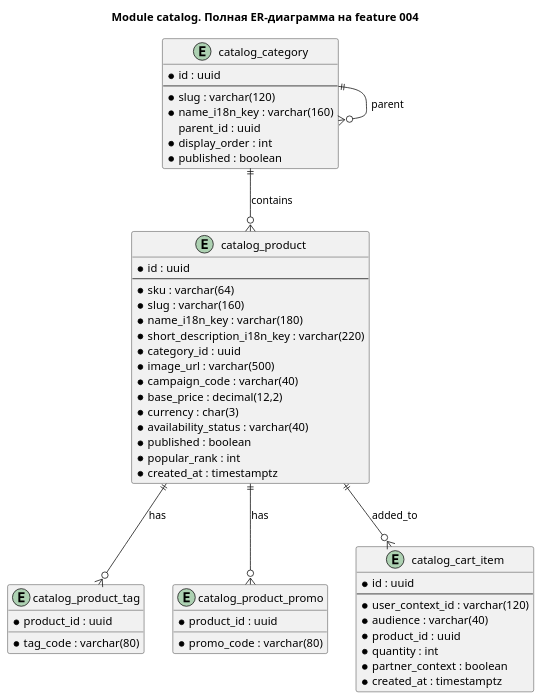
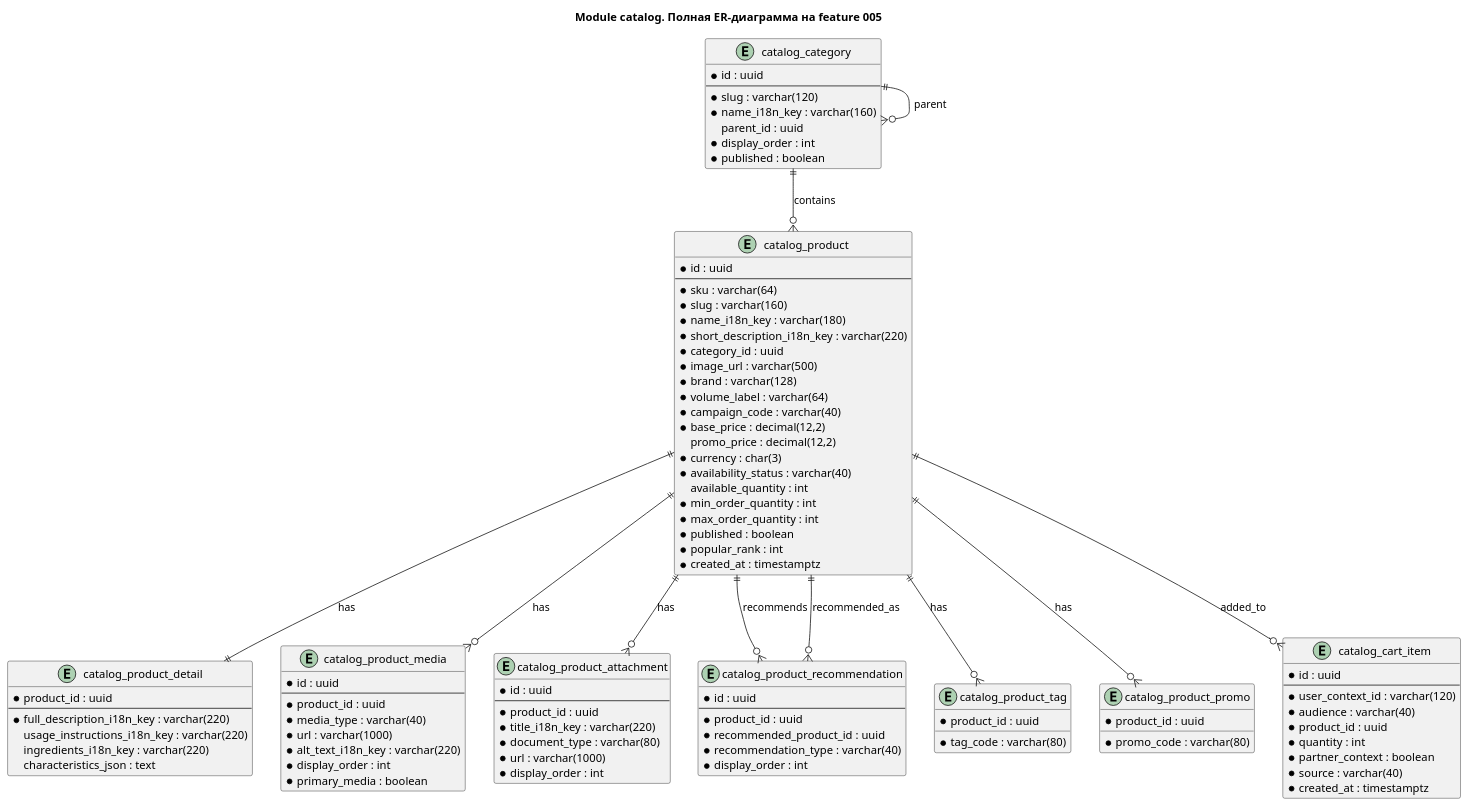
The diagram in agents/analytics/sa/modules/module_catalog/module_er_diagram.plantuml (alextaralexander/ai_ori_test), drawn with PlantUML before and after one commit. The commit also changed 48 other files, not shown here.

```diff
--- a/agents/analytics/sa/modules/module_catalog/module_er_diagram.plantuml
+++ b/agents/analytics/sa/modules/module_catalog/module_er_diagram.plantuml
@@ -1,58 +1,109 @@
 @startuml
-title Module catalog. Полная ER-диаграмма на feature 004
+title Module catalog. Полная ER-диаграмма на feature 005
 
 entity "catalog_category" as category {
   * id : uuid
   --
   * slug : varchar(120)
   * name_i18n_key : varchar(160)
   parent_id : uuid
   * display_order : int
   * published : boolean
 }
 
 entity "catalog_product" as product {
   * id : uuid
   --
   * sku : varchar(64)
   * slug : varchar(160)
   * name_i18n_key : varchar(180)
   * short_description_i18n_key : varchar(220)
   * category_id : uuid
   * image_url : varchar(500)
+  * brand : varchar(128)
+  * volume_label : varchar(64)
   * campaign_code : varchar(40)
   * base_price : decimal(12,2)
+  promo_price : decimal(12,2)
   * currency : char(3)
   * availability_status : varchar(40)
+  available_quantity : int
+  * min_order_quantity : int
+  * max_order_quantity : int
   * published : boolean
   * popular_rank : int
   * created_at : timestamptz
+}
+
+entity "catalog_product_detail" as detail {
+  * product_id : uuid
+  --
+  * full_description_i18n_key : varchar(220)
+  usage_instructions_i18n_key : varchar(220)
+  ingredients_i18n_key : varchar(220)
+  characteristics_json : text
+}
+
+entity "catalog_product_media" as media {
+  * id : uuid
+  --
+  * product_id : uuid
+  * media_type : varchar(40)
+  * url : varchar(1000)
+  * alt_text_i18n_key : varchar(220)
+  * display_order : int
+  * primary_media : boolean
+}
+
+entity "catalog_product_attachment" as attachment {
+  * id : uuid
+  --
+  * product_id : uuid
+  * title_i18n_key : varchar(220)
+  * document_type : varchar(80)
+  * url : varchar(1000)
+  * display_order : int
+}
+
+entity "catalog_product_recommendation" as recommendation {
+  * id : uuid
+  --
+  * product_id : uuid
+  * recommended_product_id : uuid
+  * recommendation_type : varchar(40)
+  * display_order : int
 }
 
 entity "catalog_product_tag" as tag {
   * product_id : uuid
   * tag_code : varchar(80)
 }
 
 entity "catalog_product_promo" as promo {
   * product_id : uuid
   * promo_code : varchar(80)
 }
 
 entity "catalog_cart_item" as cart_item {
   * id : uuid
   --
   * user_context_id : varchar(120)
   * audience : varchar(40)
   * product_id : uuid
   * quantity : int
   * partner_context : boolean
+  * source : varchar(40)
   * created_at : timestamptz
 }
 
 category ||--o{ category : parent
 category ||--o{ product : contains
+product ||--|| detail : has
+product ||--o{ media : has
+product ||--o{ attachment : has
+product ||--o{ recommendation : recommends
+product ||--o{ recommendation : recommended_as
 product ||--o{ tag : has
 product ||--o{ promo : has
 product ||--o{ cart_item : added_to
 @enduml
```
